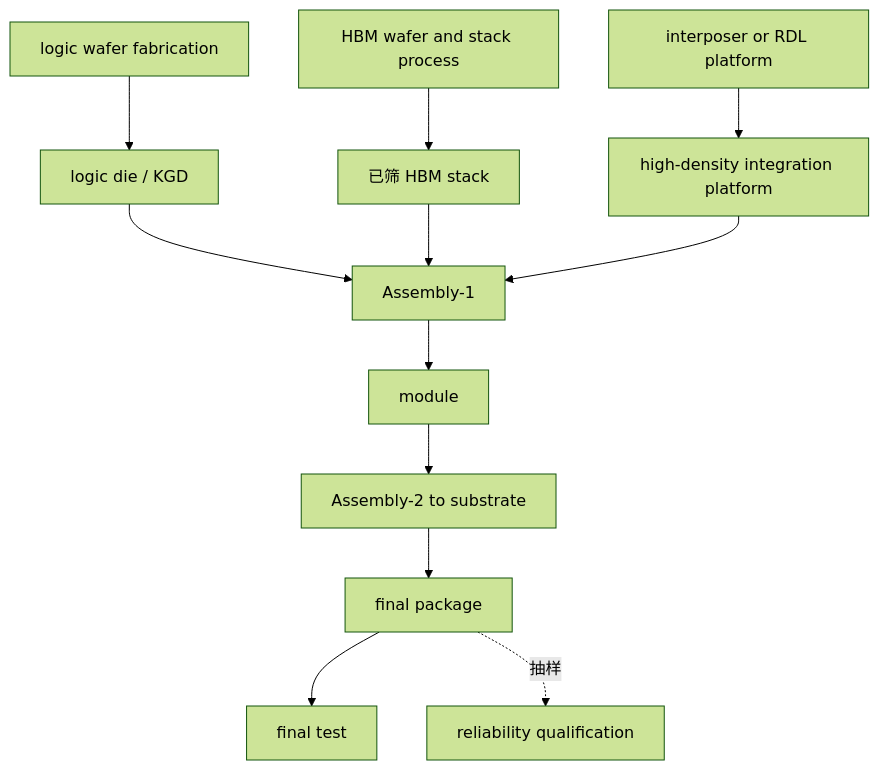
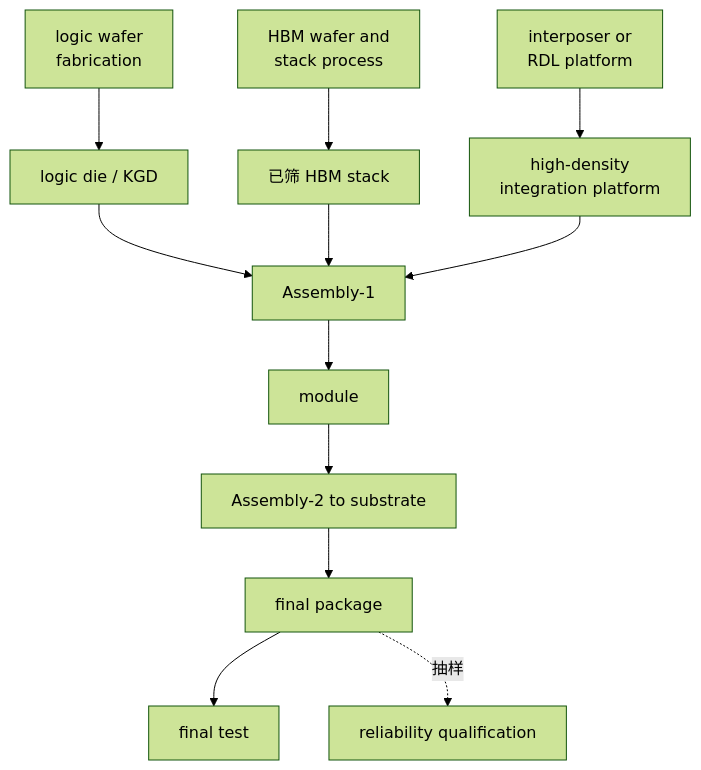
Before and after one commit to microarch-flow/wiki: the third of 3 diagrams in series/chip-development/FAB/wiki/04-back-end-packaging/hbm-as-case-study/ai-gpu-hbm-package-architecture.md, drawn with Mermaid (forest theme). The commit also changed other lines of this file and 13 other files, not shown here.

Commit message:
Keep chip development diagrams readable on narrow screens

````diff
--- a/series/chip-development/FAB/wiki/04-back-end-packaging/hbm-as-case-study/ai-gpu-hbm-package-architecture.md
+++ b/series/chip-development/FAB/wiki/04-back-end-packaging/hbm-as-case-study/ai-gpu-hbm-package-architecture.md
@@ -38,14 +38,14 @@
 ```mermaid
 flowchart TB
-    A[logic wafer fabrication] --> B[logic die / KGD]
-    C[HBM wafer and stack process] --> D[已筛 HBM stack]
-    E[interposer or RDL platform] --> F[high-density integration platform]
+    A["logic wafer<br/>fabrication"] --> B[logic die / KGD]
+    C["HBM wafer and<br/>stack process"] --> D[已筛 HBM stack]
+    E["interposer or<br/>RDL platform"] --> F["high-density<br/>integration platform"]
     B --> G[Assembly-1]
     D --> G
     F --> G
     G --> H[module]
     H --> I[Assembly-2 to substrate]
     I --> J[final package]
     J --> K[final test]
     J -. 抽样 .-> L[reliability qualification]
 ```
````
